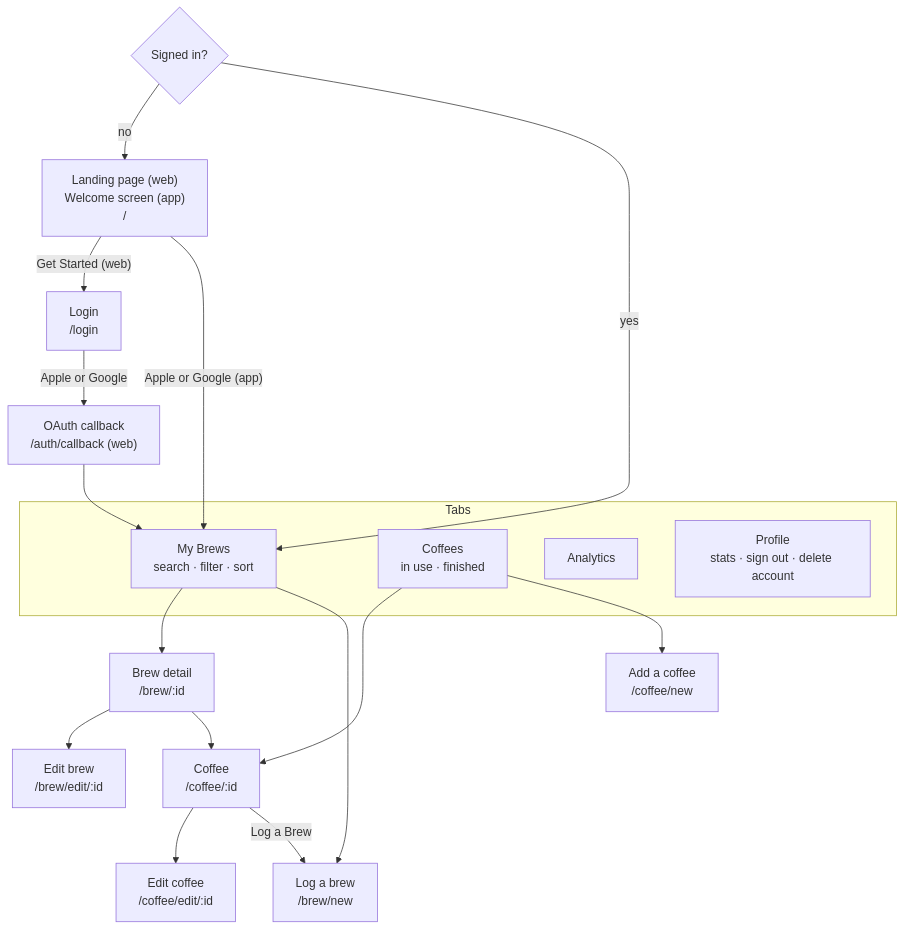
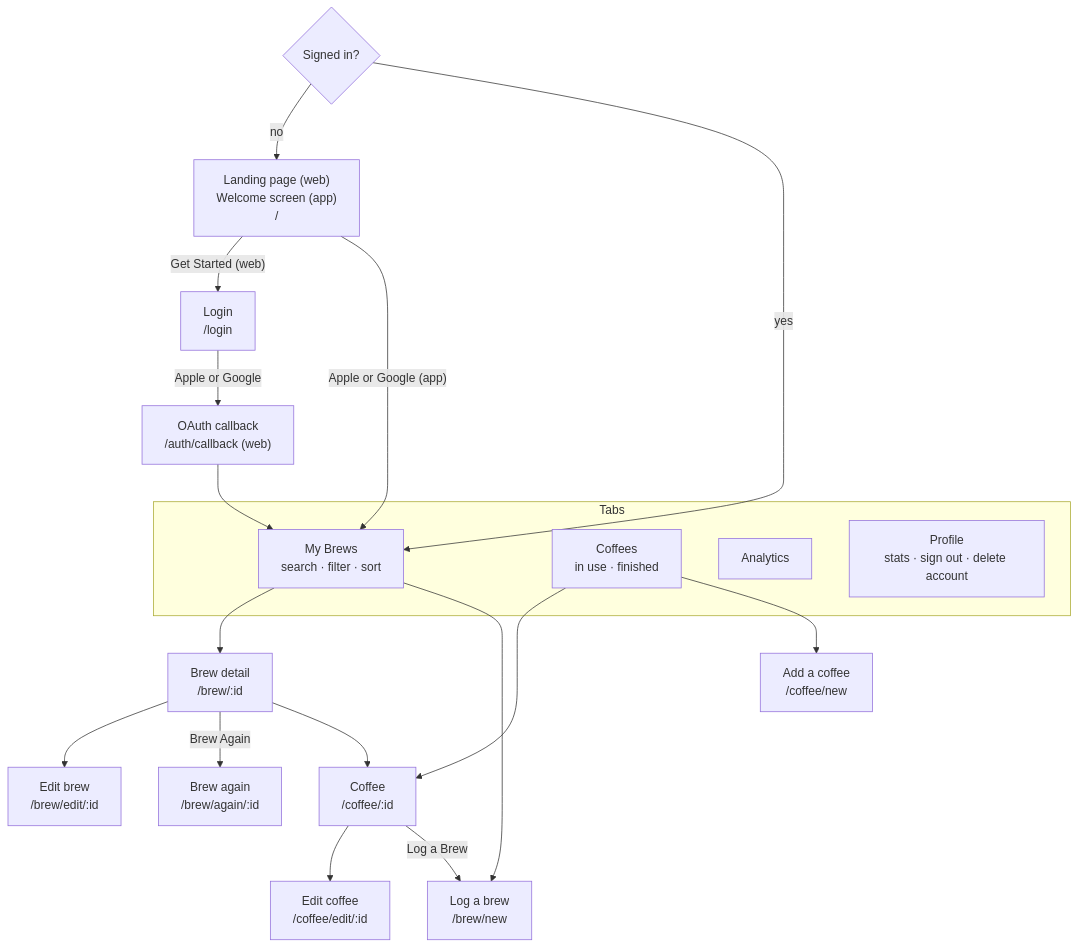
Before and after one commit to antmelon/BruLogger: the second of 6 diagrams in README.md, drawn with Mermaid. The commit also changed other lines of this file and 12 other files, not shown here.

First line of the commit message:
Brew Again, and the brew ratio

````diff
--- a/README.md
+++ b/README.md
@@ -82,26 +83,27 @@
 ```mermaid
 flowchart TD
   gate{"Signed in?"}
   gate -- no --> landing["Landing page (web)<br/>Welcome screen (app)<br/>/"]
   landing -- "Get Started (web)" --> login["Login<br/>/login"]
   landing -- "Apple or Google (app)" --> list
   login -- "Apple or Google" --> callback["OAuth callback<br/>/auth/callback (web)"]
   callback --> list
   gate -- yes --> list
 
   subgraph tabs [Tabs]
     list["My Brews<br/>search · filter · sort"]
     coffees["Coffees<br/>in use · finished"]
     analytics["Analytics"]
     profile["Profile<br/>stats · sign out · delete account"]
   end
 
   list --> detail["Brew detail<br/>/brew/:id"]
   list --> new["Log a brew<br/>/brew/new"]
   detail --> edit["Edit brew<br/>/brew/edit/:id"]
+  detail -- "Brew Again" --> again["Brew again<br/>/brew/again/:id"]
   detail --> coffee
   coffees --> coffee["Coffee<br/>/coffee/:id"]
   coffees --> newCoffee["Add a coffee<br/>/coffee/new"]
   coffee --> editCoffee["Edit coffee<br/>/coffee/edit/:id"]
   coffee -- "Log a Brew" --> new
 ```
````
